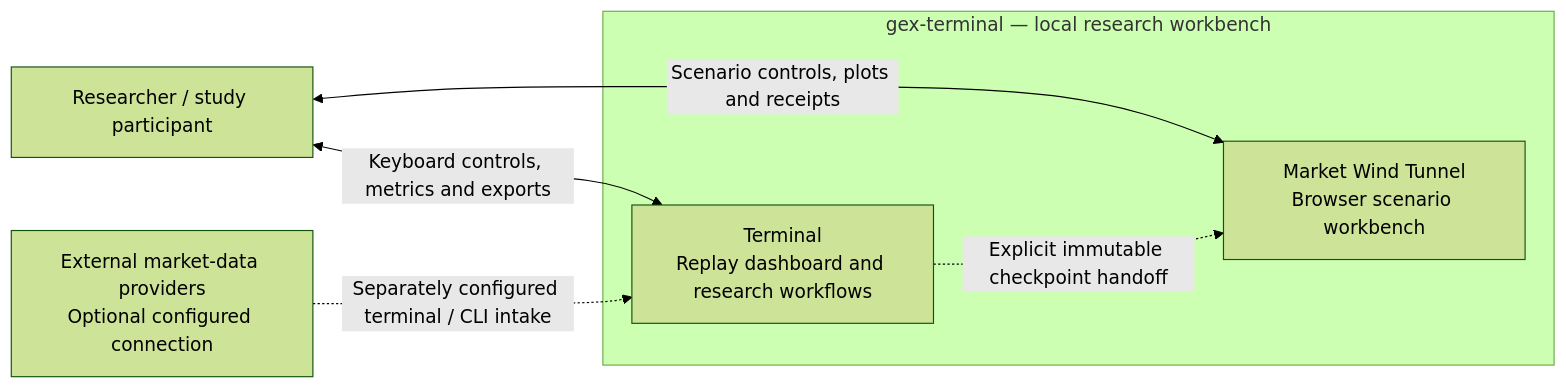
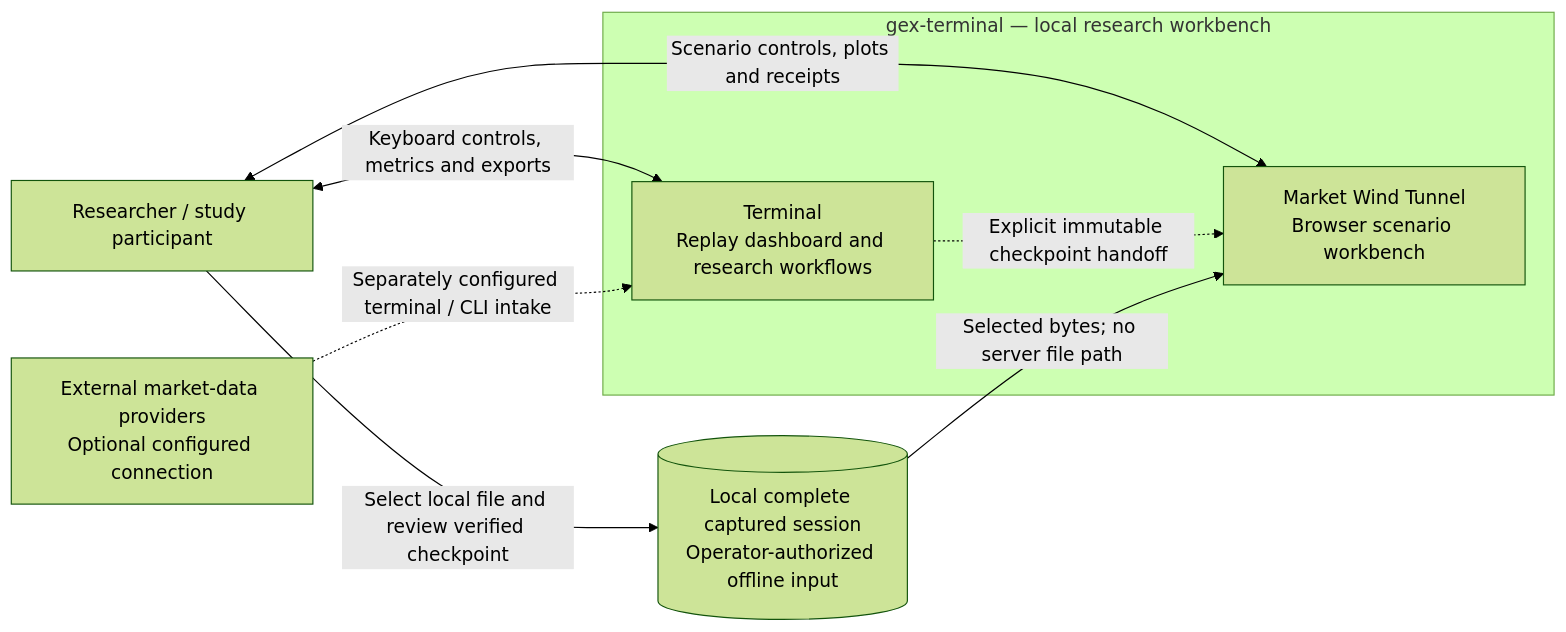
The first of 4 diagrams in docs/architecture.md (zrack/gex-terminal), drawn with Mermaid (forest theme) before and after one commit. The commit also changed other lines of this file and 24 other files, not shown here.

````diff
--- a/docs/architecture.md
+++ b/docs/architecture.md
@@ -35,13 +39,16 @@
 ```mermaid
 flowchart LR
     researcher["Researcher / study participant"]
     subgraph workbench["gex-terminal — local research workbench"]
         terminal["Terminal<br/>Replay dashboard and research workflows"]
         wind["Market Wind Tunnel<br/>Browser scenario workbench"]
     end
     providers["External market-data providers<br/>Optional configured connection"]
+    capture[("Local complete captured session<br/>Operator-authorized offline input")]
     researcher <-->|Keyboard controls, metrics and exports| terminal
     researcher <-->|Scenario controls, plots and receipts| wind
     terminal -.->|Explicit immutable checkpoint handoff| wind
+    researcher -->|Select local file and review verified checkpoint| capture
+    capture -->|Selected bytes; no server file path| wind
     providers -.->|Separately configured terminal / CLI intake| terminal
 ```
````
